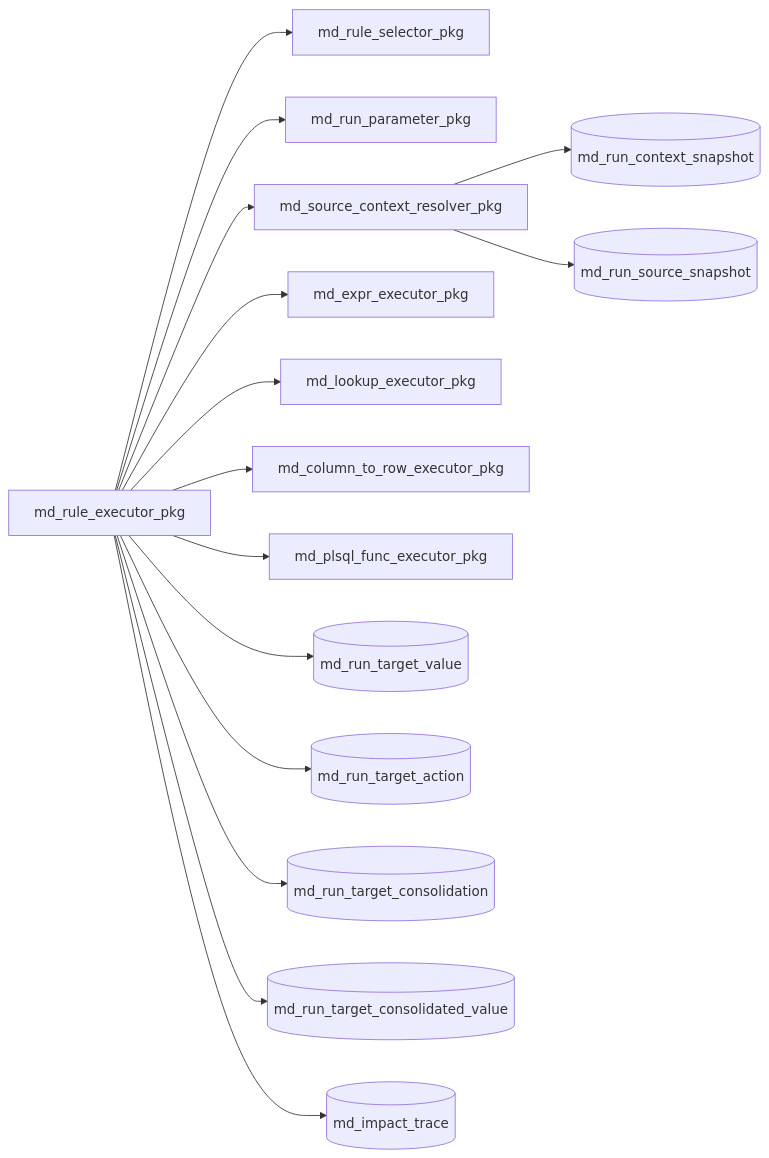
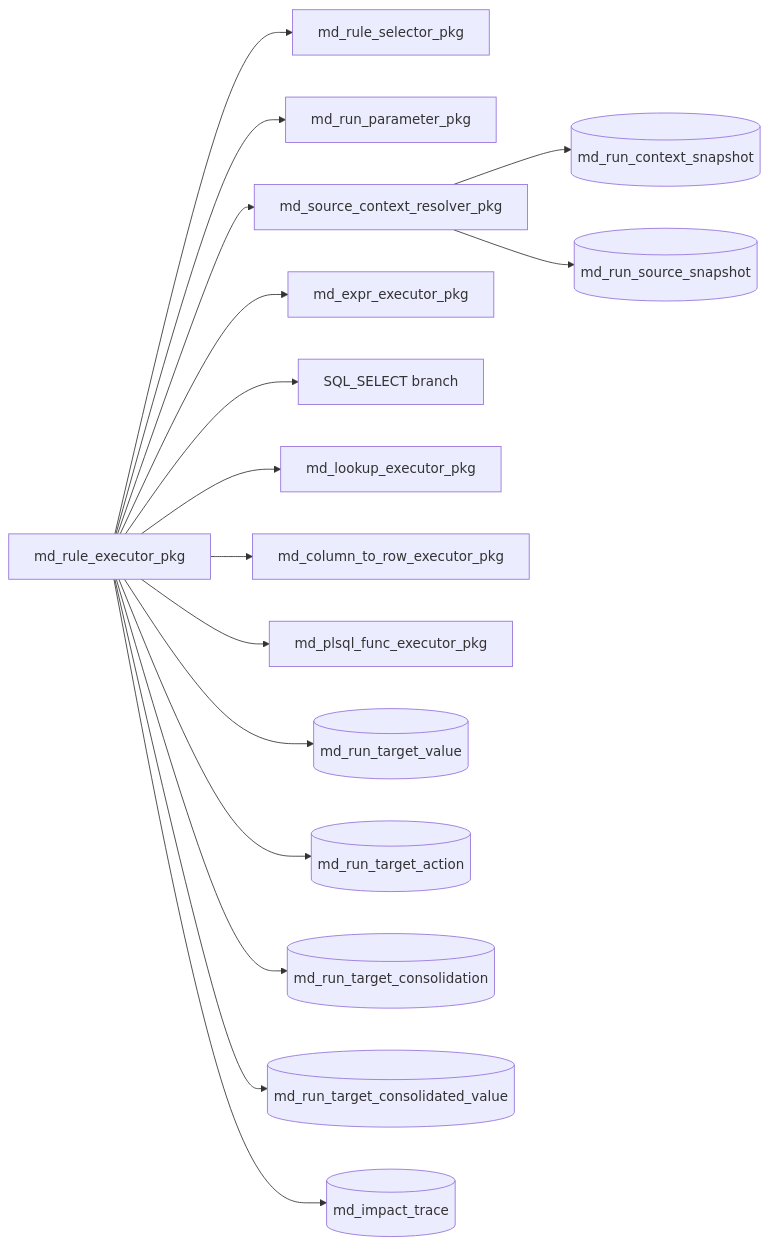
One commit to imrnaqvi/delta changed the second of 2 diagrams in docs/system-architecture.md. Above: the diagram before and after it, drawn with Mermaid. The commit also changed other lines of this file and 13 other files, not shown here.

````diff
--- a/docs/system-architecture.md
+++ b/docs/system-architecture.md
@@ -45,17 +46,18 @@
 ```mermaid
 flowchart LR
   RE[md_rule_executor_pkg] --> SEL[md_rule_selector_pkg]
   RE --> RPAR[md_run_parameter_pkg]
   RE --> SCR[md_source_context_resolver_pkg]
   RE --> EXPR[md_expr_executor_pkg]
+  RE --> SQLSEL[SQL_SELECT branch]
   RE --> LOOK[md_lookup_executor_pkg]
   RE --> CTR[md_column_to_row_executor_pkg]
   RE --> PF[md_plsql_func_executor_pkg]
   RE --> RT[(md_run_target_value)]
   RE --> RTA[(md_run_target_action)]
   RE --> RTC[(md_run_target_consolidation)]
   RE --> RTCV[(md_run_target_consolidated_value)]
   RE --> IT[(md_impact_trace)]
   SCR --> RCS[(md_run_context_snapshot)]
   SCR --> RSS[(md_run_source_snapshot)]
 ```
````
